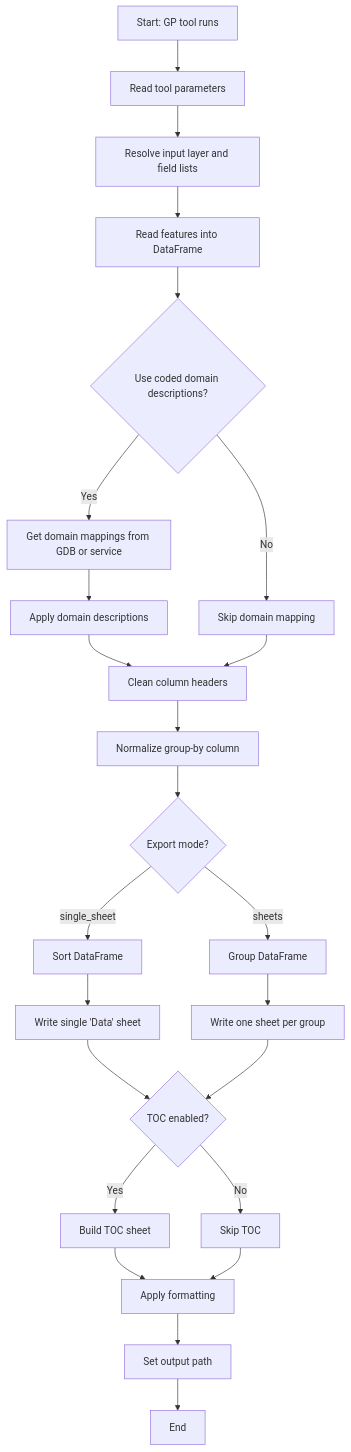
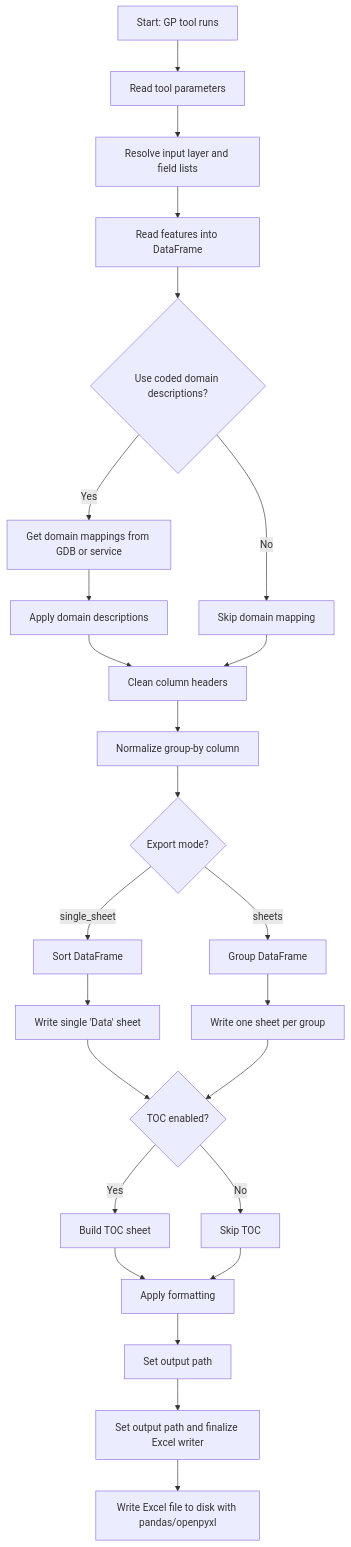
The diagram in README.md (RyHensel/ArcGIS-Pro-Custom-Geoprocessing-Grouping-Excel-Export), drawn with Mermaid before and after one commit.

````diff
--- a/README.md
+++ b/README.md
@@ -29,38 +29,39 @@
 ```mermaid
 flowchart TD
 
     A["Start: GP tool runs"] --> B["Read tool parameters"]
     B --> C["Resolve input layer and field lists"]
     C --> D["Read features into DataFrame"]
 
     D --> E{"Use coded domain descriptions?"}
 
     E -->|Yes| F["Get domain mappings from GDB or service"]
     F --> G["Apply domain descriptions"]
     E -->|No| H["Skip domain mapping"]
 
     G --> I["Clean column headers"]
     H --> I["Clean column headers"]
 
     I --> J["Normalize group-by column"]
 
     J --> K{"Export mode?"}
 
     K -->|single_sheet| L["Sort DataFrame"]
     L --> M["Write single 'Data' sheet"]
 
     K -->|sheets| N["Group DataFrame"]
     N --> O["Write one sheet per group"]
 
     M --> P{"TOC enabled?"}
     O --> P{"TOC enabled?"}
 
     P -->|Yes| Q["Build TOC sheet"]
     P -->|No| R["Skip TOC"]
 
     Q --> S["Apply formatting"]
     R --> S["Apply formatting"]
 
     S --> T["Set output path"]
-    T --> U["End"]
+    T --> U["Set output path and finalize Excel writer"]
+    U --> V["Write Excel file to disk with pandas/openpyxl"]
 ```
````
